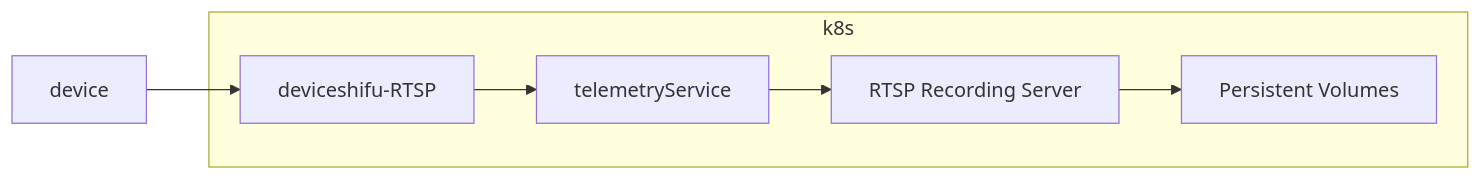
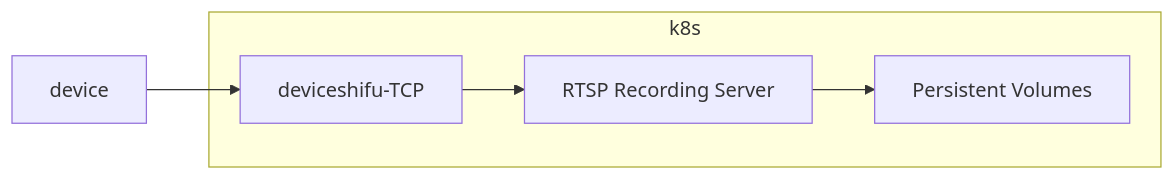
The diagram in docs/design/deviceshifu/design-deviceShifu-rtsp.md (Edgenesis/shifu), drawn with Mermaid before and after one commit. The commit also changed other lines of this file, not shown here.

````diff
--- a/docs/design/deviceshifu/design-deviceShifu-rtsp.md
+++ b/docs/design/deviceshifu/design-deviceShifu-rtsp.md
@@ -93,11 +34,10 @@
 ```mermaid
 flowchart LR
   dv[device]
   subgraph k8s
-    ds[deviceshifu-RTSP]
-    ts[telemetryService]
+    ds[deviceshifu-TCP]
     rrs[RTSP Recording Server]
     pv[Persistent Volumes]
   end
-  dv --> ds --> ts --> rrs --> pv
+  dv --> ds --> rrs --> pv
 ```
````
